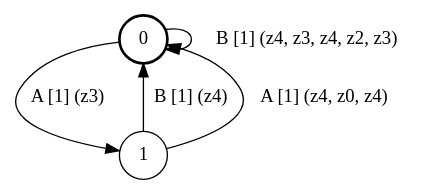
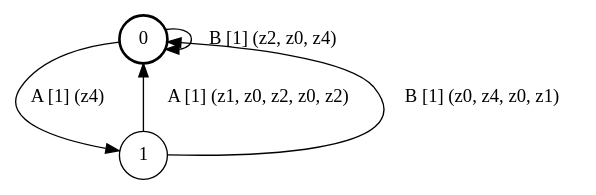
The diagram in qbf/testing/fsm_2s2e5a.dot (ulyantsev/EFSM-tools), drawn with Graphviz before and after one commit. The commit also changed 812 other files, not shown here.

```diff
--- a/qbf/testing/fsm_2s2e5a.dot
+++ b/qbf/testing/fsm_2s2e5a.dot
@@ -1,10 +1,10 @@
 # generated file, don't try to modify
 # command: dot -Tpng <filename> > tree.png
 digraph Automaton {
     node [shape = circle];
     0 [style = "bold"];
-    0 -> 0 [label = "B [1] (z4, z3, z4, z2, z3) "];
-    0 -> 1 [label = "A [1] (z3) "];
-    1 -> 0 [label = "B [1] (z4) "];
-    1 -> 0 [label = "A [1] (z4, z0, z4) "];
+    0 -> 1 [label = "A [1] (z4) "];
+    0 -> 0 [label = "B [1] (z2, z0, z4) "];
+    1 -> 0 [label = "A [1] (z1, z0, z2, z0, z2) "];
+    1 -> 0 [label = "B [1] (z0, z4, z0, z1) "];
 }
```
